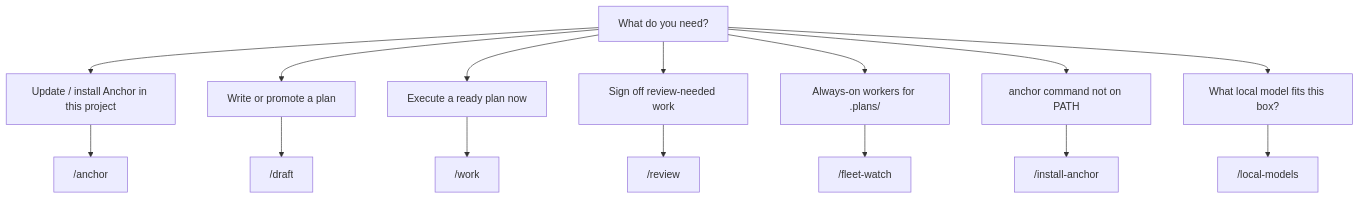
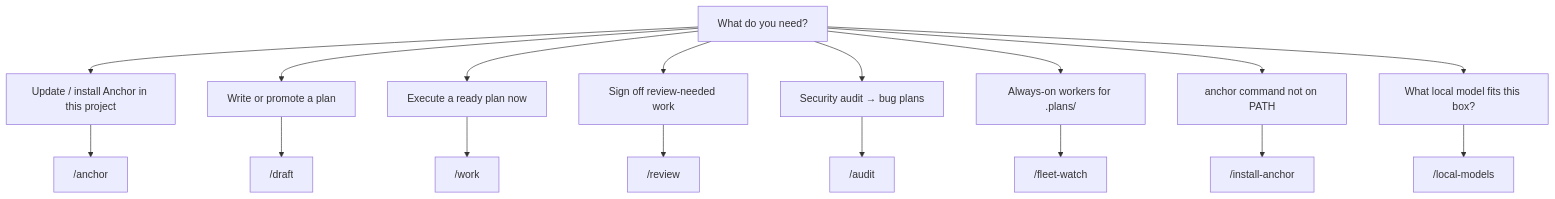
One commit to carefreeinv/anchor changed the diagram in docs/docs/skills/overview.md. Above: the diagram before and after it, drawn with Mermaid. The commit also changed other lines of this file and 10 other files, not shown here.

First line of the commit message:
Add /audit skill: security audit → prioritized bug plans

````diff
--- a/docs/docs/skills/overview.md
+++ b/docs/docs/skills/overview.md
@@ -26,18 +27,20 @@
 ```mermaid
 flowchart TD
   q["What do you need?"]
   q --> a["Update / install Anchor in this project"]
   q --> p["Write or promote a plan"]
   q --> e["Execute a ready plan now"]
   q --> r["Sign off review-needed work"]
+  q --> u["Security audit → bug plans"]
   q --> b["Always-on workers for .plans/"]
   q --> c["anchor command not on PATH"]
   q --> l["What local model fits this box?"]
   a --> sa["/anchor"]
   p --> sd["/draft"]
   e --> sw["/work"]
   r --> sr["/review"]
+  u --> su["/audit"]
   b --> sf["/fleet-watch"]
   c --> si["/install-anchor"]
   l --> sl["/local-models"]
 ```
````
